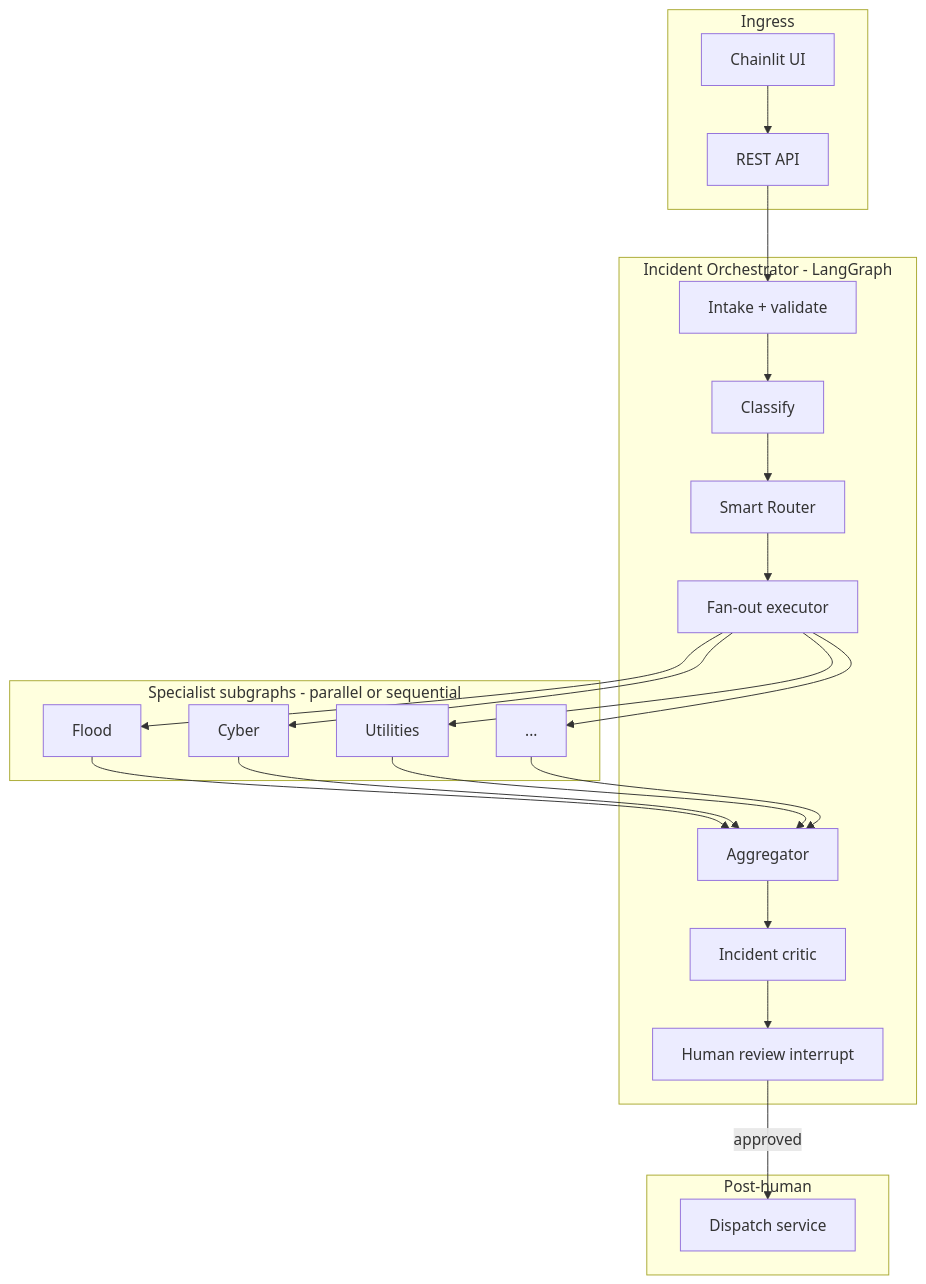
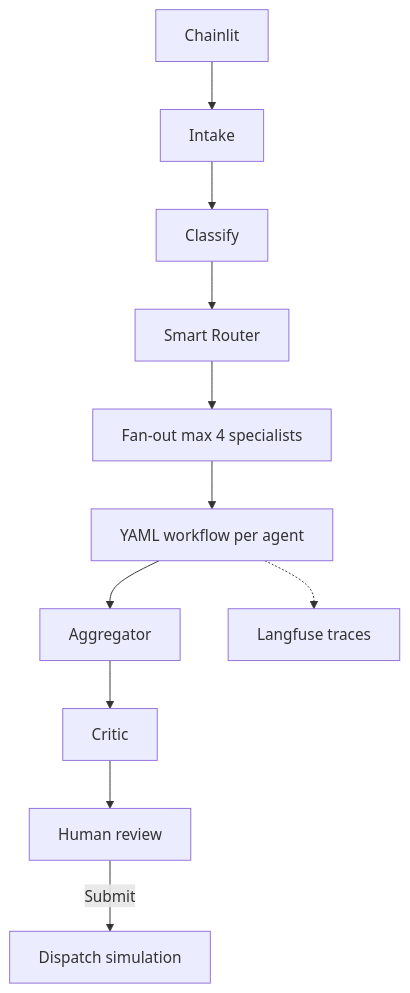
One commit to Java4all/hkteam changed the first of 2 diagrams in docs/TECHNICAL_DESIGN.md. Above: the diagram before and after it, drawn with Mermaid. The commit also changed other lines of this file and 24 other files, not shown here.

Commit message:
update diagrams, documentation, remove duplication

````diff
--- a/docs/TECHNICAL_DESIGN.md
+++ b/docs/TECHNICAL_DESIGN.md
@@ -97,33 +97,9 @@
 ```mermaid
 flowchart TB
-  subgraph ingress [Ingress]
-    API[REST API]
-    UI[Chainlit UI]
-  end
-
-  subgraph orchestrator [Incident Orchestrator - LangGraph]
-    INT[Intake + validate]
-    CLS[Classify]
-    SR[Smart Router]
-    FAN[Fan-out executor]
-    AGG[Aggregator]
-    CRT[Incident critic]
-    HITL[Human review interrupt]
-  end
-
-  subgraph specialists [Specialist subgraphs - parallel or sequential]
-    A1[Flood]
-    A2[Cyber]
-    A3[Utilities]
-    An[...]
-  end
-
-  subgraph post [Post-human]
-    DSP[Dispatch service]
-  end
-
-  UI --> API --> INT --> CLS --> SR --> FAN
-  FAN --> A1 & A2 & A3 & An
-  A1 & A2 & A3 & An --> AGG --> CRT --> HITL
-  HITL -->|approved| DSP
+  CL[Chainlit] --> INT[Intake] --> CLS[Classify] --> SR[Smart Router]
+  SR --> FAN[Fan-out max 4 specialists]
+  FAN --> WF[YAML workflow per agent]
+  WF --> AGG[Aggregator] --> CRT[Critic] --> HITL[Human review]
+  HITL -->|Submit| DSP[Dispatch simulation]
+  WF -.-> LF[Langfuse traces]
 ```
````
